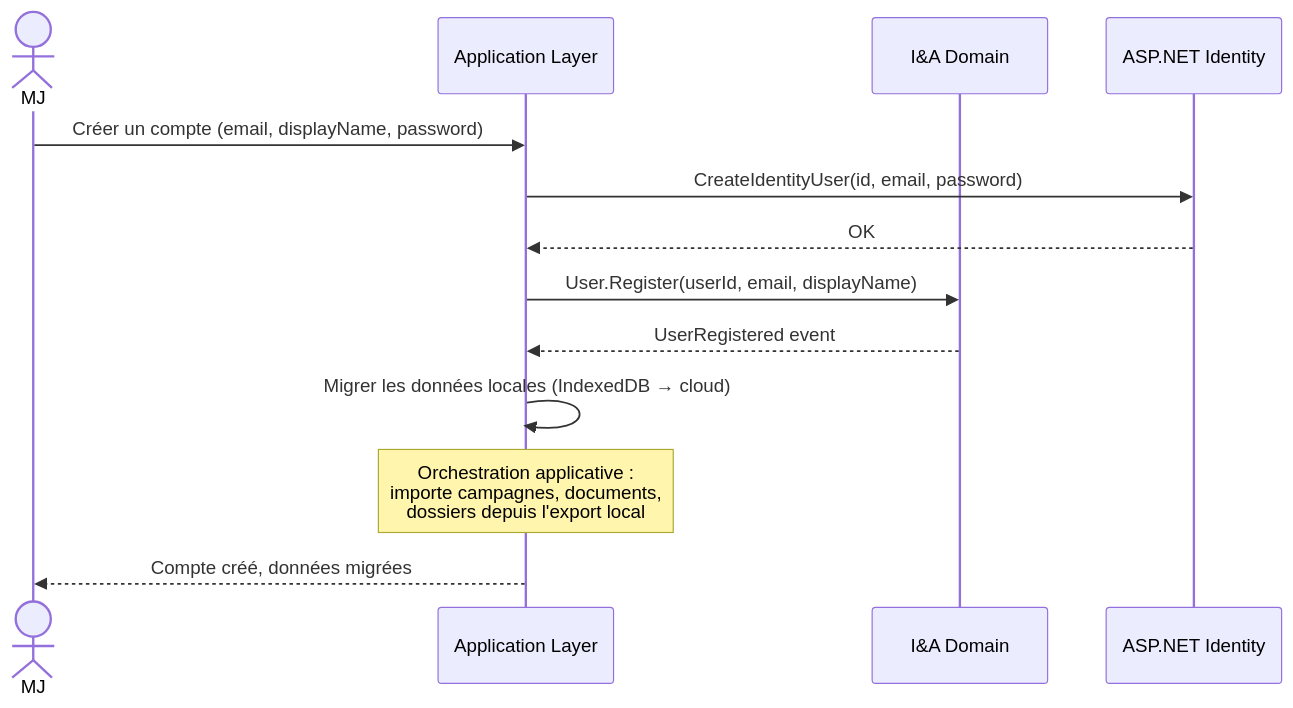
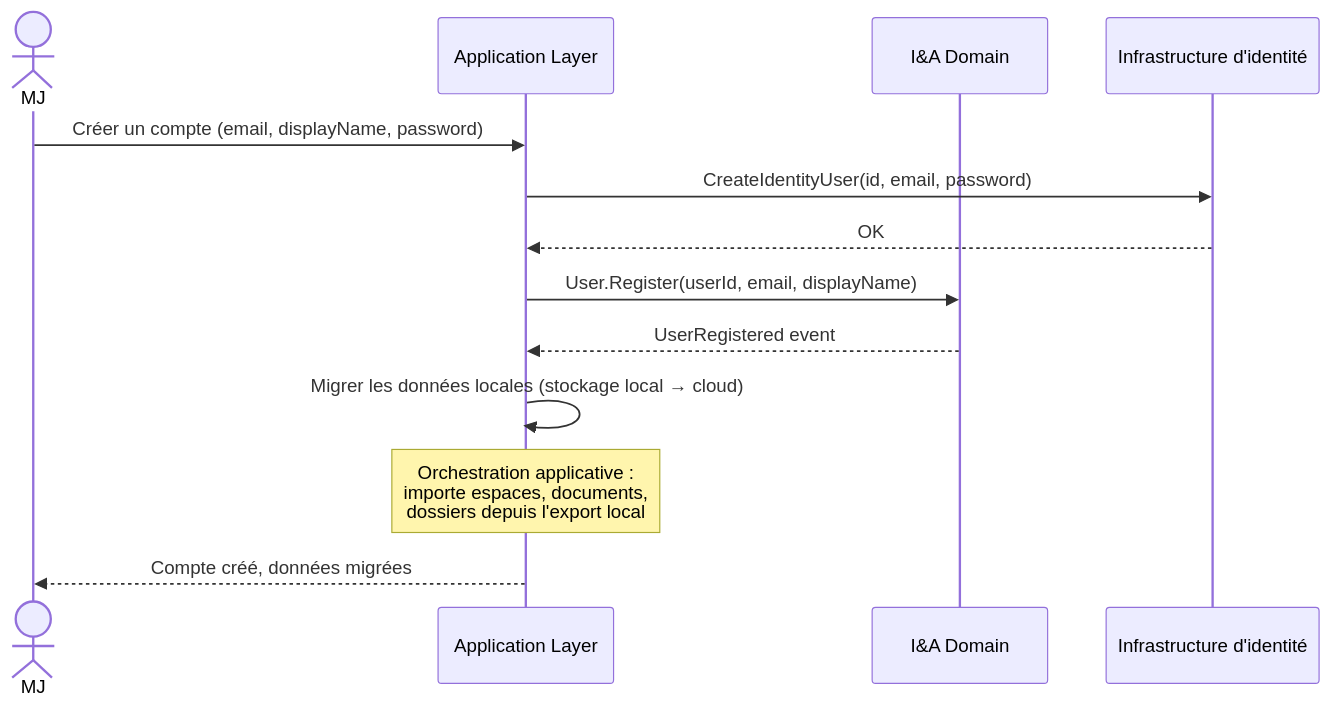
One commit to 2025-10-CDA-ECO-P6/PM-micro-saas changed the first of 6 diagrams in docs/conception/domain/diagrams/flows/identity-access.md. Above: the diagram before and after it, drawn with Mermaid. The commit also changed other lines of this file and 68 other files, not shown here.

````diff
--- a/docs/conception/domain/diagrams/flows/identity-access.md
+++ b/docs/conception/domain/diagrams/flows/identity-access.md
@@ -5,16 +5,16 @@
 ```mermaid
 sequenceDiagram
     actor MJ
     participant App as Application Layer
     participant IA as I&A Domain
-    participant Identity as ASP.NET Identity
+    participant Identity as Infrastructure d'identité
 
     MJ->>App: Créer un compte (email, displayName, password)
     App->>Identity: CreateIdentityUser(id, email, password)
     Identity-->>App: OK
     App->>IA: User.Register(userId, email, displayName)
     IA-->>App: UserRegistered event
-    App->>App: Migrer les données locales (IndexedDB → cloud)
-    Note over App: Orchestration applicative :<br/>importe campagnes, documents,<br/>dossiers depuis l'export local
+    App->>App: Migrer les données locales (stockage local → cloud)
+    Note over App: Orchestration applicative :<br/>importe espaces, documents,<br/>dossiers depuis l'export local
     App-->>MJ: Compte créé, données migrées
 ```
````
